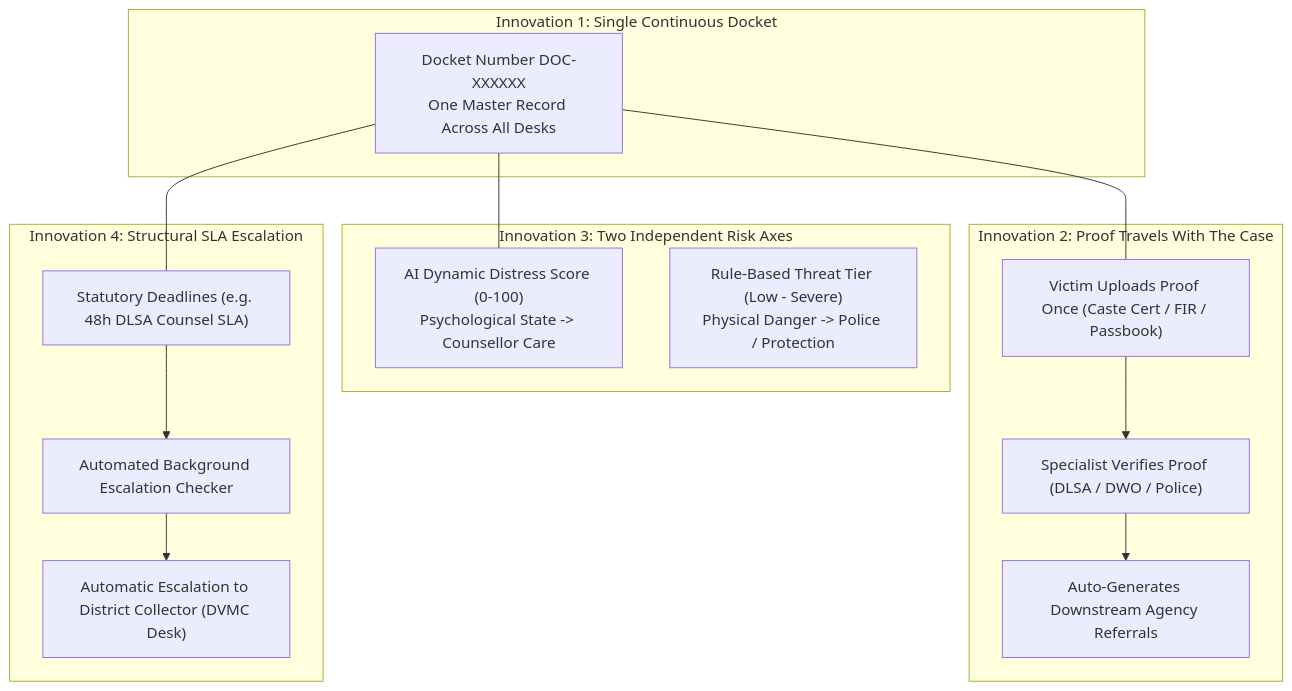
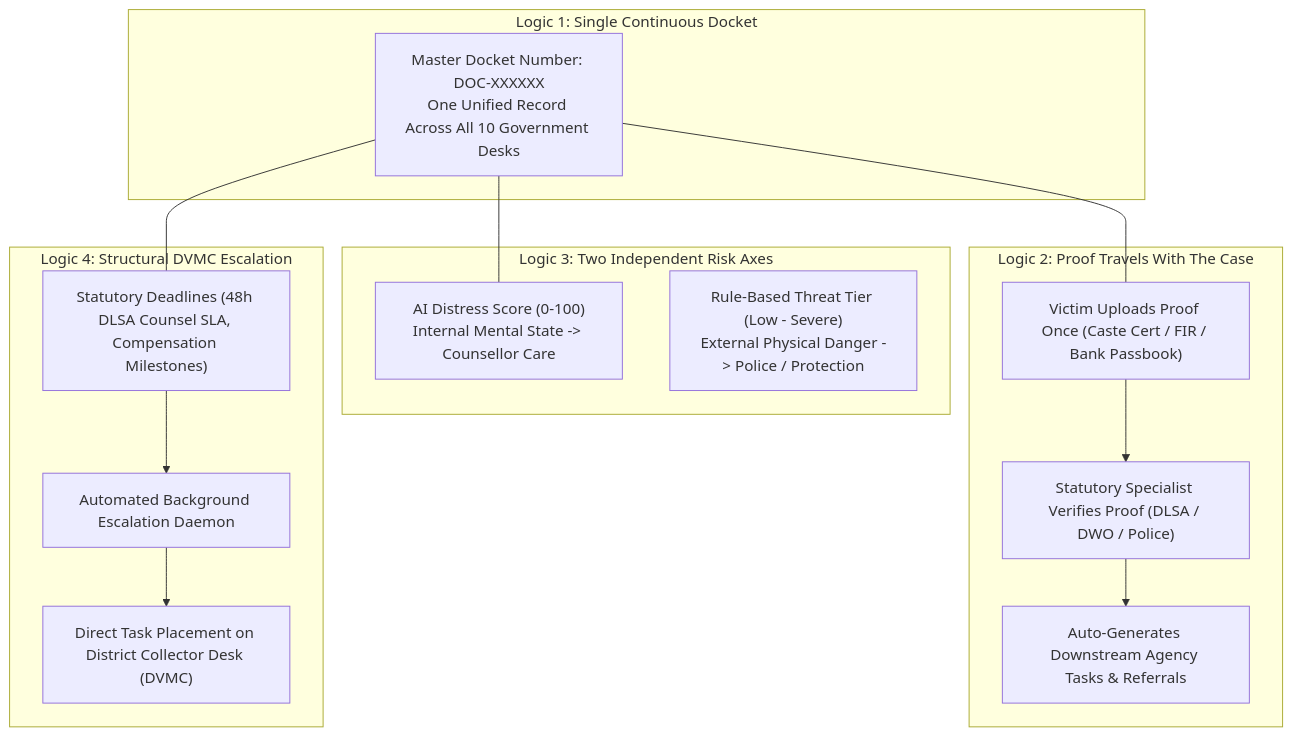
The first of 7 diagrams in Mansakha/README.md (Ganga9115/Mansakha), drawn with Mermaid before and after one commit. The commit also changed other lines of this file, not shown here.

Commit message:
docs: present README in pure architectural plan and logic format for evaluators

````diff
--- a/Mansakha/README.md
+++ b/Mansakha/README.md
@@ -36,29 +52,29 @@
 ```mermaid
 graph TD
-    subgraph "Innovation 1: Single Continuous Docket"
-        DOC["Docket Number DOC-XXXXXX<br/>One Master Record Across All Desks"]
+    subgraph "Logic 1: Single Continuous Docket"
+        DOC["Master Docket Number: DOC-XXXXXX<br/>One Unified Record Across All 10 Government Desks"]
     end
 
-    subgraph "Innovation 2: Proof Travels With The Case"
-        Upload["Victim Uploads Proof Once (Caste Cert / FIR / Passbook)"]
-        Verify["Specialist Verifies Proof (DLSA / DWO / Police)"]
-        AutoRef["Auto-Generates Downstream Agency Referrals"]
+    subgraph "Logic 2: Proof Travels With The Case"
+        Upload["Victim Uploads Proof Once (Caste Cert / FIR / Bank Passbook)"]
+        Verify["Statutory Specialist Verifies Proof (DLSA / DWO / Police)"]
+        AutoRef["Auto-Generates Downstream Agency Tasks & Referrals"]
         Upload --> Verify --> AutoRef
     end
 
-    subgraph "Innovation 3: Two Independent Risk Axes"
-        Distress["AI Dynamic Distress Score (0-100)<br/>Psychological State -> Counsellor Care"]
-        Threat["Rule-Based Threat Tier (Low - Severe)<br/>Physical Danger -> Police / Protection"]
+    subgraph "Logic 3: Two Independent Risk Axes"
+        Distress["AI Distress Score (0-100)<br/>Internal Mental State -> Counsellor Care"]
+        Threat["Rule-Based Threat Tier (Low - Severe)<br/>External Physical Danger -> Police / Protection"]
     end
 
-    subgraph "Innovation 4: Structural SLA Escalation"
-        SLA["Statutory Deadlines (e.g. 48h DLSA Counsel SLA)"]
-        Checker["Automated Background Escalation Checker"]
-        Collector["Automatic Escalation to District Collector (DVMC Desk)"]
+    subgraph "Logic 4: Structural DVMC Escalation"
+        SLA["Statutory Deadlines (48h DLSA Counsel SLA, Compensation Milestones)"]
+        Checker["Automated Background Escalation Daemon"]
+        Collector["Direct Task Placement on District Collector Desk (DVMC)"]
         SLA --> Checker --> Collector
     end
 
     DOC --- Upload
     DOC --- Distress
     DOC --- SLA
 ```
````
